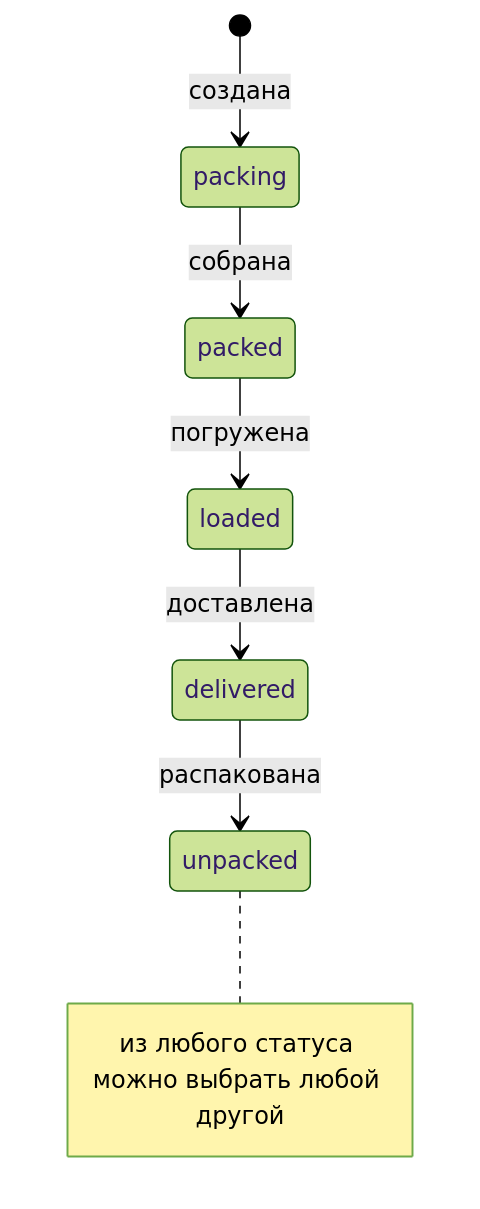
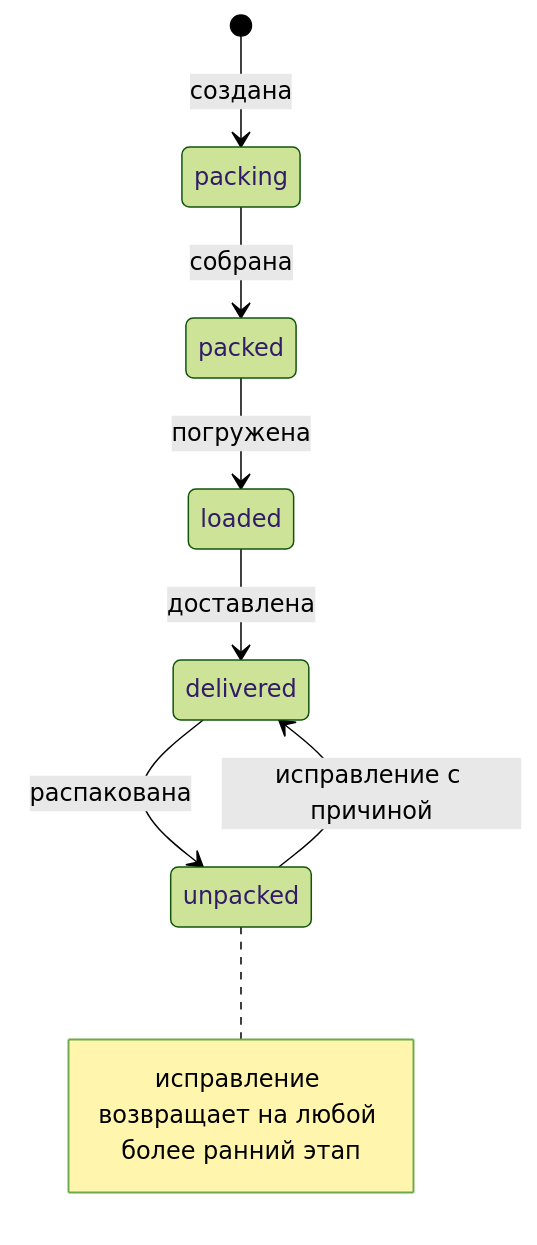
One commit to lesazizkin-blip/PROD changed the first of 3 diagrams in docs/ARCHITECTURE.md. Above: the diagram before and after it, drawn with Mermaid (forest theme). The commit also changed other lines of this file and 8 other files, not shown here.

````diff
--- a/docs/ARCHITECTURE.md
+++ b/docs/ARCHITECTURE.md
@@ -47,9 +47,10 @@
 ```mermaid
 stateDiagram-v2
     [*] --> packing: создана
     packing --> packed: собрана
     packed --> loaded: погружена
     loaded --> delivered: доставлена
     delivered --> unpacked: распакована
-    note right of unpacked: из любого статуса можно выбрать любой другой
+    unpacked --> delivered: исправление с причиной
+    note right of unpacked: исправление возвращает на любой более ранний этап
 ```
````
